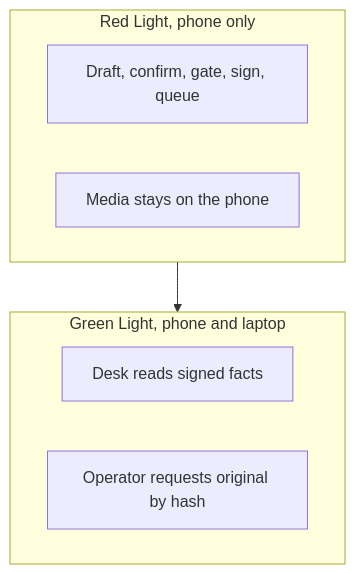
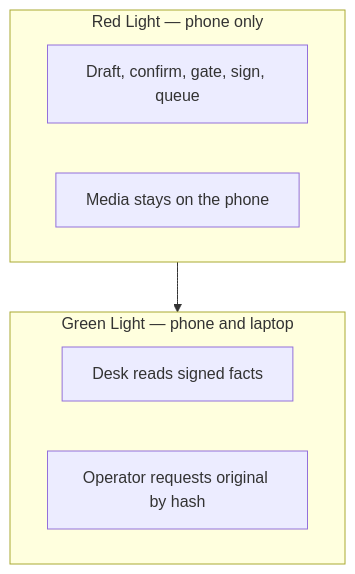
The seventh of 14 diagrams in README.md (harshtakalkar037-boop/disastermesh), drawn with Mermaid before and after one commit. The commit also changed other lines of this file, not shown here.

````diff
--- a/README.md
+++ b/README.md
@@ -318,12 +316,12 @@
 ```mermaid
 flowchart TB
-  subgraph red [Red Light, phone only]
+  subgraph red [Red Light — phone only]
     r1[Draft, confirm, gate, sign, queue]
     r2[Media stays on the phone]
   end
-  subgraph green [Green Light, phone and laptop]
+  subgraph green [Green Light — phone and laptop]
     g1[Desk reads signed facts]
     g2[Operator requests original by hash]
   end
   red --> green
 ```
````
